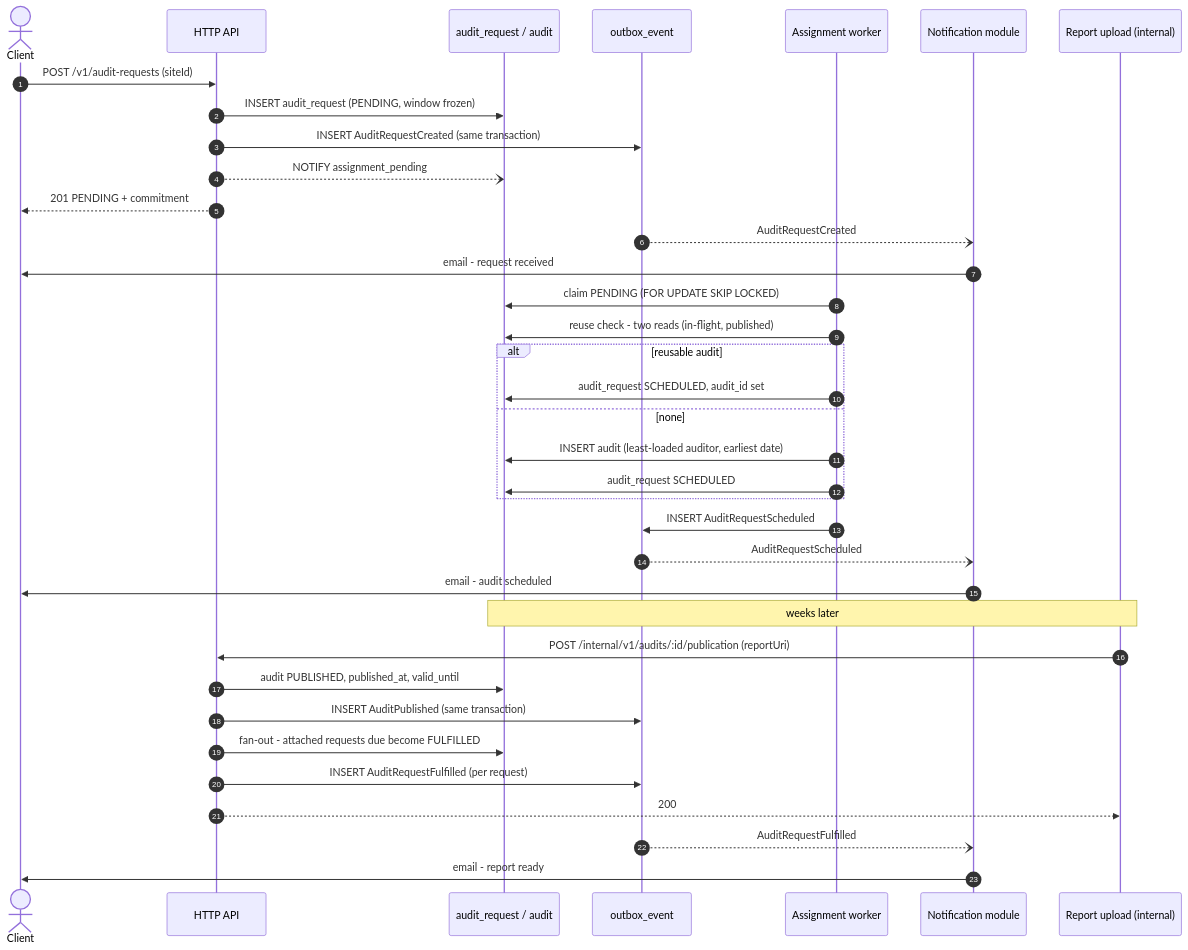
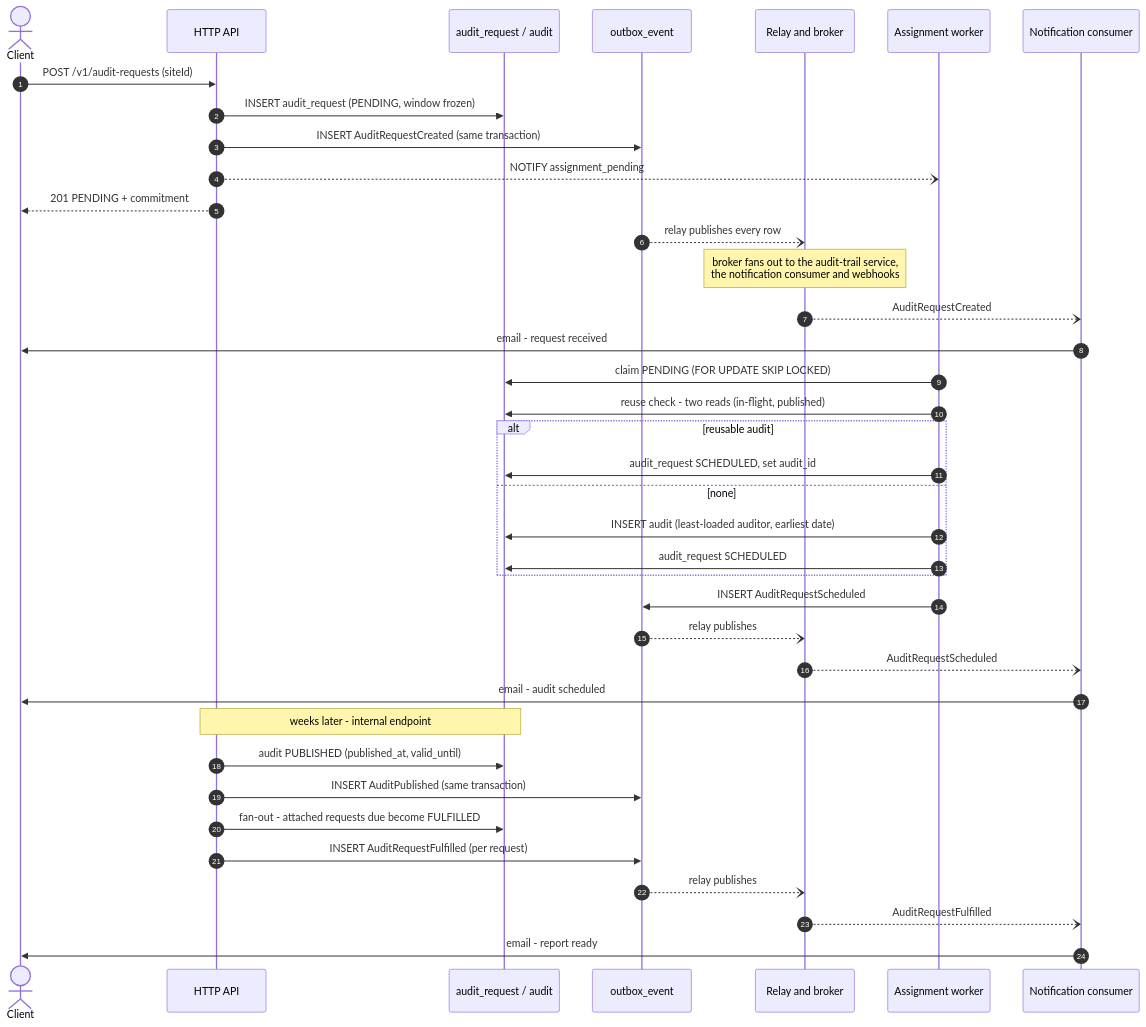
One commit to alexMunozMad/Auditory_Manager changed the diagram in docs/diagrams/request-lifecycle.mermaid. Above: the diagram before and after it, drawn with Mermaid. The commit also changed 7 other files, not shown here.

First line of the commit message:
docs : reframe the outbox as a fan-out event log, drop the context diagram, simplify the concurrency one

```diff
--- a/docs/diagrams/request-lifecycle.mermaid
+++ b/docs/diagrams/request-lifecycle.mermaid
@@ -1,39 +1,41 @@
 sequenceDiagram
     autonumber
     actor CL as Client
     participant API as HTTP API
     participant DB as audit_request / audit
     participant OB as outbox_event
+    participant BR as Relay and broker
     participant WK as Assignment worker
-    participant NT as Notification module
-    participant OPS as Report upload (internal)
+    participant NT as Notification consumer
 
     CL->>API: POST /v1/audit-requests (siteId)
     API->>DB: INSERT audit_request (PENDING, window frozen)
     API->>OB: INSERT AuditRequestCreated (same transaction)
-    API--)DB: NOTIFY assignment_pending
+    API--)WK: NOTIFY assignment_pending
     API-->>CL: 201 PENDING + commitment
-    OB--)NT: AuditRequestCreated
+    OB--)BR: relay publishes every row
+    Note over BR: broker fans out to the audit-trail service,<br/>the notification consumer and webhooks
+    BR--)NT: AuditRequestCreated
     NT->>CL: email - request received
 
     WK->>DB: claim PENDING (FOR UPDATE SKIP LOCKED)
     WK->>DB: reuse check - two reads (in-flight, published)
     alt reusable audit
-        WK->>DB: audit_request SCHEDULED, audit_id set
+        WK->>DB: audit_request SCHEDULED, set audit_id
     else none
         WK->>DB: INSERT audit (least-loaded auditor, earliest date)
         WK->>DB: audit_request SCHEDULED
     end
     WK->>OB: INSERT AuditRequestScheduled
-    OB--)NT: AuditRequestScheduled
+    OB--)BR: relay publishes
+    BR--)NT: AuditRequestScheduled
     NT->>CL: email - audit scheduled
 
-    Note over OPS,DB: weeks later
-    OPS->>API: POST /internal/v1/audits/:id/publication (reportUri)
-    API->>DB: audit PUBLISHED, published_at, valid_until
+    Note over API,DB: weeks later - internal endpoint
+    API->>DB: audit PUBLISHED (published_at, valid_until)
     API->>OB: INSERT AuditPublished (same transaction)
     API->>DB: fan-out - attached requests due become FULFILLED
     API->>OB: INSERT AuditRequestFulfilled (per request)
-    API-->>OPS: 200
-    OB--)NT: AuditRequestFulfilled
+    OB--)BR: relay publishes
+    BR--)NT: AuditRequestFulfilled
     NT->>CL: email - report ready
```
